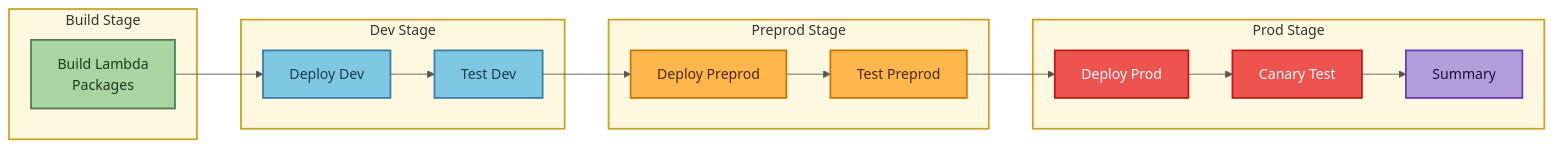
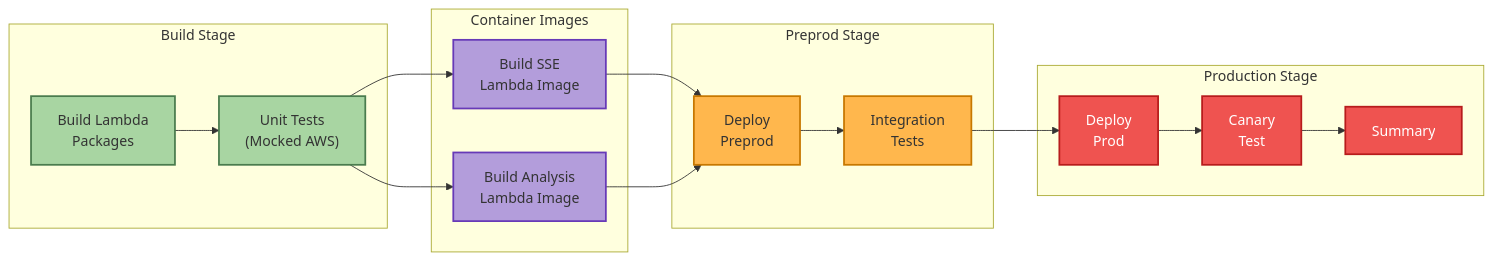
Before and after one commit to traylorre/sentiment-analyzer-gsk: the first of 4 diagrams in README.md, drawn with Mermaid. The commit also changed other lines of this file and 2 other files, not shown here.

First line of the commit message:
fix(docs): Fix README Mermaid diagrams and update to reflect actual pipeline

````diff
--- a/README.md
+++ b/README.md
@@ -25,45 +18,43 @@
 ```mermaid
-%%{init: {'theme':'base', 'themeVariables': {'primaryColor':'#fff8e1', 'primaryTextColor':'#333', 'primaryBorderColor':'#c9a227', 'lineColor':'#555', 'background':'#1a1a2e'}}}%%
 flowchart LR
-    subgraph Stage1["Build Stage"]
-        Build["Build Lambda<br/>Packages"]
+    subgraph Build["Build Stage"]
+        build["Build Lambda<br/>Packages"]
+        test["Unit Tests<br/>(Mocked AWS)"]
     end
 
-    subgraph Stage2["Dev Stage"]
-        DeployDev["Deploy Dev"]
-        TestDev["Test Dev"]
+    subgraph Images["Container Images"]
+        sse_img["Build SSE<br/>Lambda Image"]
+        analysis_img["Build Analysis<br/>Lambda Image"]
     end
 
-    subgraph Stage3["Preprod Stage"]
-        DeployPreprod["Deploy Preprod"]
-        TestPreprod["Test Preprod"]
+    subgraph Preprod["Preprod Stage"]
+        deploy_preprod["Deploy<br/>Preprod"]
+        test_preprod["Integration<br/>Tests"]
     end
 
-    subgraph Stage4["Prod Stage"]
-        DeployProd["Deploy Prod"]
-        CanaryTest["Canary Test"]
-        Summary["Summary"]
+    subgraph Prod["Production Stage"]
+        deploy_prod["Deploy<br/>Prod"]
+        canary["Canary<br/>Test"]
+        summary["Summary"]
     end
 
-    Build --> DeployDev
-    DeployDev --> TestDev
-    TestDev --> DeployPreprod
-    DeployPreprod --> TestPreprod
-    TestPreprod --> DeployProd
-    DeployProd --> CanaryTest
-    CanaryTest --> Summary
+    build --> test
+    test --> sse_img
+    test --> analysis_img
+    sse_img --> deploy_preprod
+    analysis_img --> deploy_preprod
+    deploy_preprod --> test_preprod
+    test_preprod --> deploy_prod
+    deploy_prod --> canary
+    canary --> summary
 
-    classDef stageBox fill:#fff8e1,stroke:#c9a227,stroke-width:2px,color:#333
-    classDef buildNode fill:#a8d5a2,stroke:#4a7c4e,stroke-width:2px,color:#1e3a1e
-    classDef devNode fill:#7ec8e3,stroke:#3a7ca5,stroke-width:2px,color:#1a3a4a
-    classDef preprodNode fill:#ffb74d,stroke:#c77800,stroke-width:2px,color:#4a2800
+    classDef buildNode fill:#a8d5a2,stroke:#4a7c4e,stroke-width:2px
+    classDef imageNode fill:#b39ddb,stroke:#673ab7,stroke-width:2px
+    classDef preprodNode fill:#ffb74d,stroke:#c77800,stroke-width:2px
     classDef prodNode fill:#ef5350,stroke:#b71c1c,stroke-width:2px,color:#fff
-    classDef summaryNode fill:#b39ddb,stroke:#673ab7,stroke-width:2px,color:#1a0a3e
 
-    class Stage1,Stage2,Stage3,Stage4 stageBox
-    class Build buildNode
-    class DeployDev,TestDev devNode
-    class DeployPreprod,TestPreprod preprodNode
-    class DeployProd,CanaryTest prodNode
-    class Summary summaryNode
+    class build,test buildNode
+    class sse_img,analysis_img imageNode
+    class deploy_preprod,test_preprod preprodNode
+    class deploy_prod,canary,summary prodNode
 ```
````
